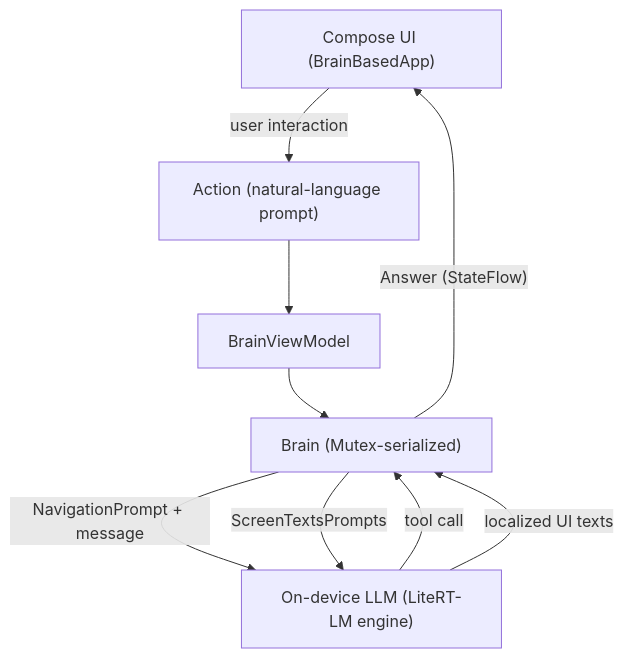
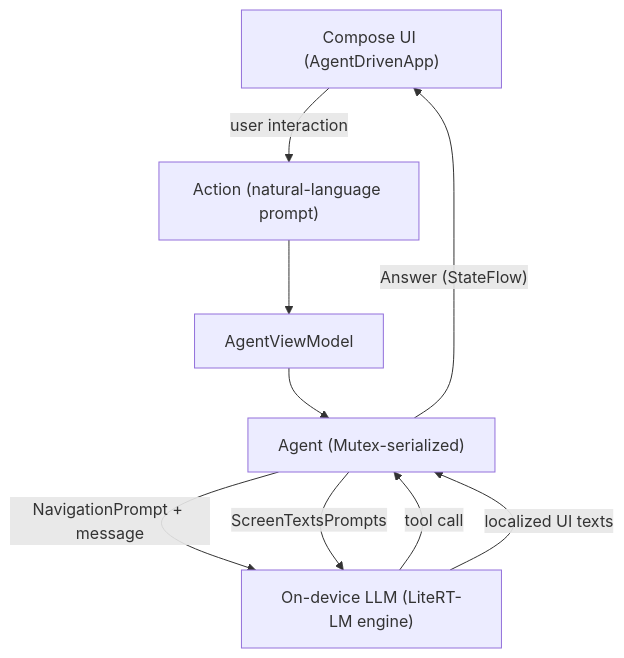
Before and after one commit to kamilpierudzki/ai-powered-demo-app: the second of 2 diagrams in README.md, drawn with Mermaid. The commit also changed other lines of this file and 12 other files, not shown here.

Commit message:
Rename Brain to Agent across the LLM harness and README

````diff
--- a/README.md
+++ b/README.md
@@ -48,11 +50,11 @@
 ```mermaid
 flowchart TD
-    UI["Compose UI (BrainBasedApp)"] -->|"user interaction"| Action["Action (natural-language prompt)"]
-    Action --> VM["BrainViewModel"]
-    VM --> Brain["Brain (Mutex-serialized)"]
-    Brain -->|"NavigationPrompt + message"| LLM["On-device LLM (LiteRT-LM engine)"]
-    LLM -->|"tool call"| Brain
-    Brain -->|"Answer (StateFlow)"| UI
-    Brain -->|"ScreenTextsPrompts"| LLM
-    LLM -->|"localized UI texts"| Brain
+    UI["Compose UI (AgentDrivenApp)"] -->|"user interaction"| Action["Action (natural-language prompt)"]
+    Action --> VM["AgentViewModel"]
+    VM --> Agent["Agent (Mutex-serialized)"]
+    Agent -->|"NavigationPrompt + message"| LLM["On-device LLM (LiteRT-LM engine)"]
+    LLM -->|"tool call"| Agent
+    Agent -->|"Answer (StateFlow)"| UI
+    Agent -->|"ScreenTextsPrompts"| LLM
+    LLM -->|"localized UI texts"| Agent
 ```
````
